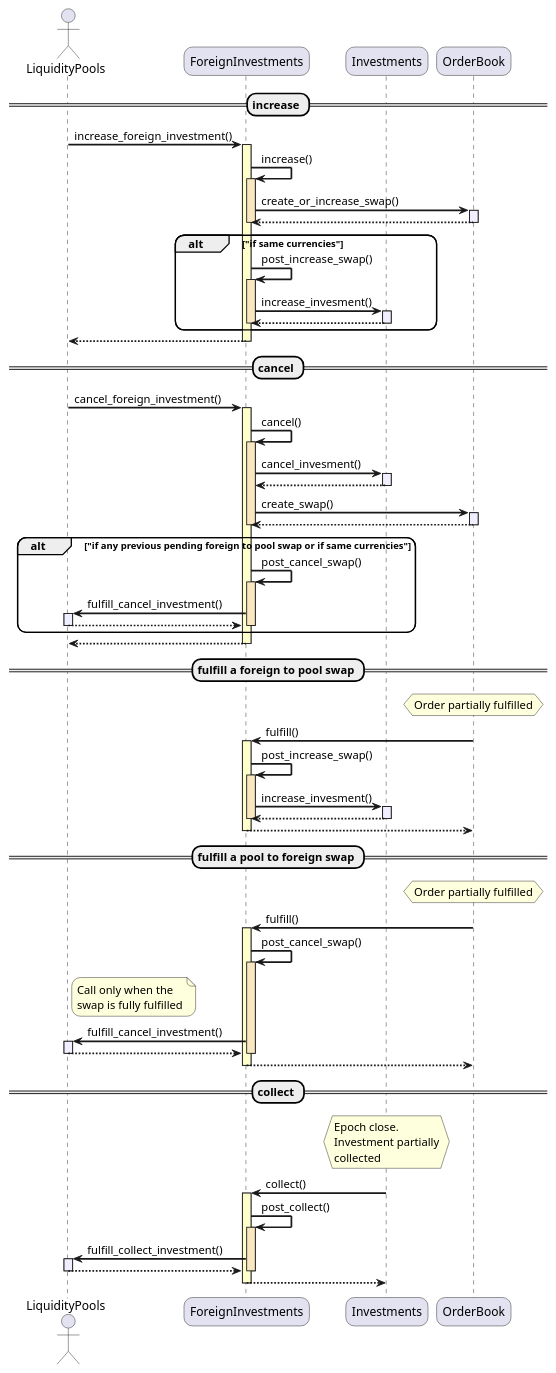
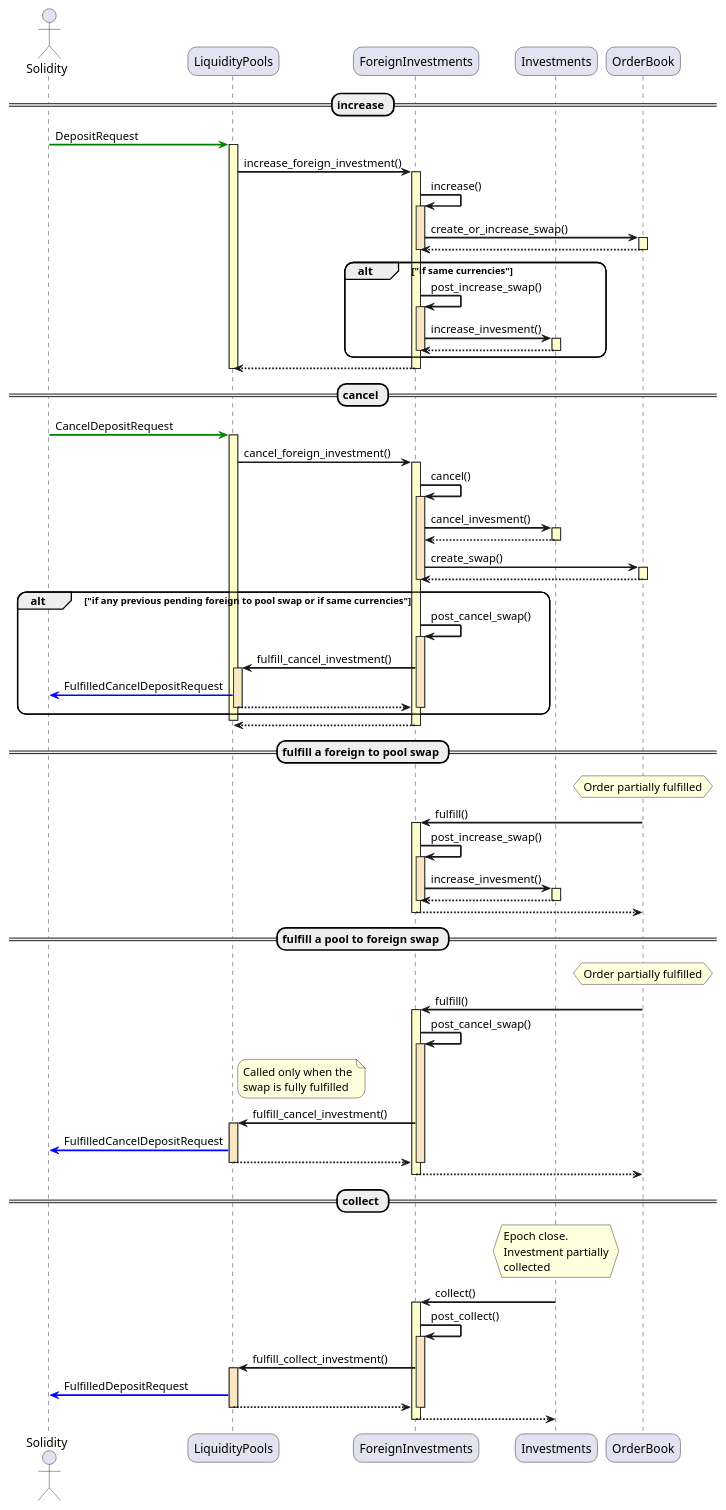
One commit to centrifuge/centrifuge-chain changed the second of 3 diagrams in pallets/foreign-investments/docs/sequences.md. Above: the diagram before and after it, drawn with PlantUML. The commit also changed other lines of this file, not shown here.

Commit message:
add messages to diagram

```diff
--- a/pallets/foreign-investments/docs/sequences.md
+++ b/pallets/foreign-investments/docs/sequences.md
@@ -55,73 +55,86 @@
 @startuml
 skinparam sequenceArrowThickness 2
 skinparam roundcorner 20
+skinparam sequence {
+  LifeLineBackgroundColor #Business
+}
 
-actor LiquidityPools as LP
+actor Solidity
+participant LiquidityPools as LP
 participant ForeignInvestments as FI
 participant Investments
 participant OrderBook
 
 == increase ==
-LP -> FI ++ #Business : increase_foreign_investment()
+Solidity -[#Green]> LP : DepositRequest
+activate LP
+LP -> FI ++ : increase_foreign_investment()
 FI -> FI : increase()
 activate FI #Strategy
-FI -> OrderBook ++ #Motivation : create_or_increase_swap()
+FI -> OrderBook ++ : create_or_increase_swap()
 FI <-- OrderBook --
 deactivate FI
 alt "if same currencies"
     FI -> FI : post_increase_swap()
     activate FI #Strategy
-    FI -> Investments ++ #Motivation : increase_invesment()
+    FI -> Investments ++ : increase_invesment()
     FI <-- Investments --
     deactivate FI
 end
 LP <-- FI --
+deactivate LP
 
 == cancel ==
-LP -> FI ++ #Business : cancel_foreign_investment()
+Solidity -[#Green]> LP : CancelDepositRequest
+activate LP
+LP -> FI ++ : cancel_foreign_investment()
 FI -> FI : cancel()
 activate FI #Strategy
-FI -> Investments ++ #Motivation : cancel_invesment()
+FI -> Investments ++ : cancel_invesment()
 FI <-- Investments --
-FI -> OrderBook ++ #Motivation : create_swap()
+FI -> OrderBook ++ : create_swap()
 FI <-- OrderBook --
 deactivate FI
 alt "if any previous pending foreign to pool swap or if same currencies"
     FI -> FI : post_cancel_swap()
     activate FI #Strategy
-    LP <- FI ++ #Motivation : fulfill_cancel_investment()
+    LP <- FI ++ #Strategy : fulfill_cancel_investment()
+    Solidity <[#Blue]- LP : FulfilledCancelDepositRequest
     LP --> FI --
     deactivate FI
 end
+deactivate LP
 LP <-- FI --
 
 == fulfill a foreign to pool swap ==
 hnote over OrderBook : Order partially fulfilled
-FI <- OrderBook ++ #Business : fulfill()
+FI <- OrderBook ++ : fulfill()
 FI -> FI : post_increase_swap()
 activate FI #Strategy
-FI -> Investments ++ #Motivation : increase_invesment()
+FI -> Investments ++ : increase_invesment()
 FI <-- Investments --
 deactivate FI
 FI --> OrderBook --
 
 == fulfill a pool to foreign swap ==
 hnote over OrderBook : Order partially fulfilled
-FI <- OrderBook ++ #Business : fulfill()
+FI <- OrderBook ++ : fulfill()
 FI -> FI : post_cancel_swap()
 activate FI #Strategy
-note right of LP : Call only when the\nswap is fully fulfilled
-LP <- FI ++ #Motivation : fulfill_cancel_investment()
+note right of LP : Called only when the\nswap is fully fulfilled
+LP <- FI ++ #Strategy : fulfill_cancel_investment()
+Solidity <[#Blue]- LP : FulfilledCancelDepositRequest
 LP --> FI --
 deactivate FI
 FI --> OrderBook --
 
 == collect ==
 hnote over Investments : Epoch close.\nInvestment partially\ncollected
-FI <- Investments ++ #Business : collect()
+FI <- Investments ++ : collect()
 FI -> FI : post_collect()
 activate FI #Strategy
-LP <- FI ++ #Motivation : fulfill_collect_investment()
+LP <- FI ++ #Strategy : fulfill_collect_investment()
+Solidity <[#Blue]- LP : FulfilledDepositRequest
 LP --> FI --
 deactivate FI
 FI --> Investments --
```
